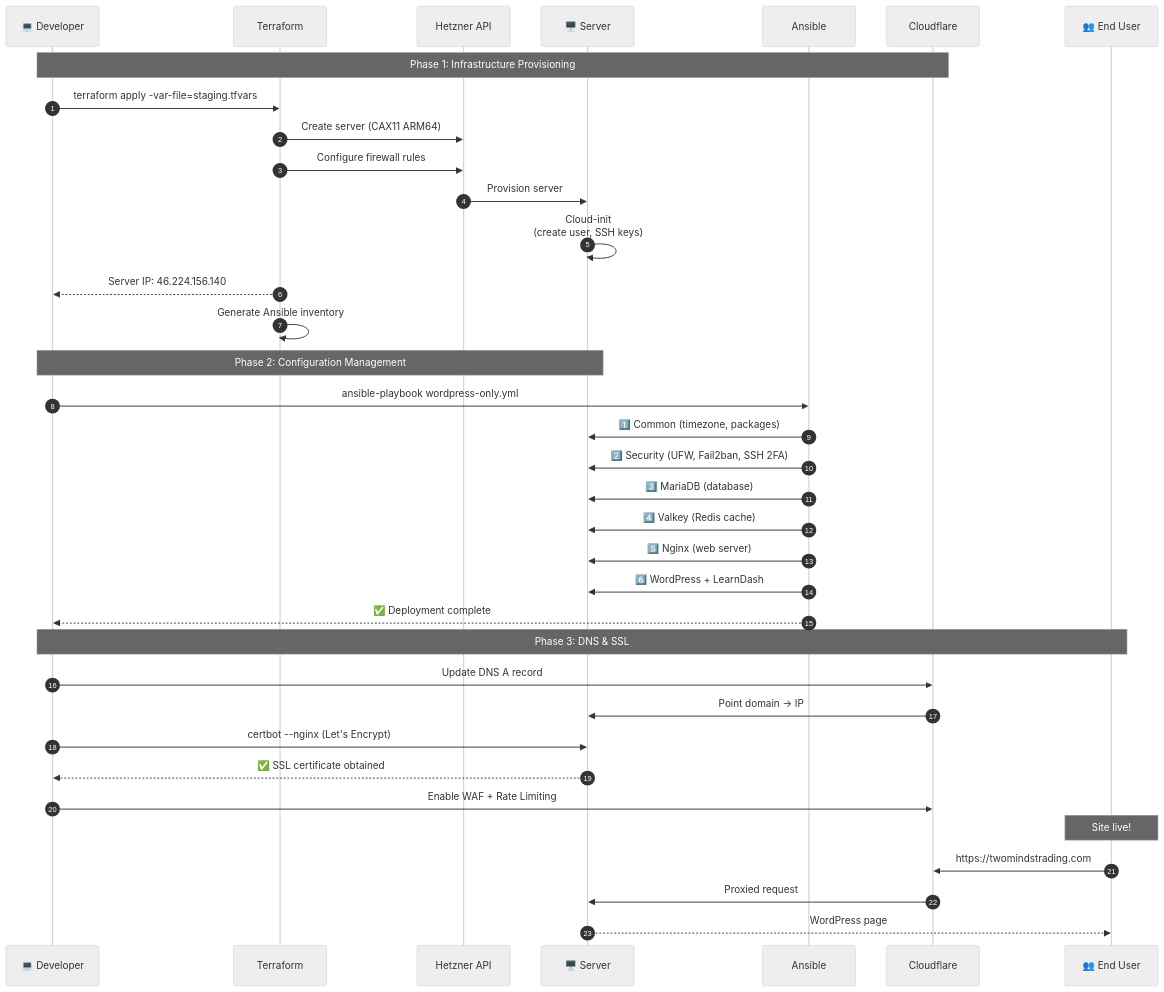
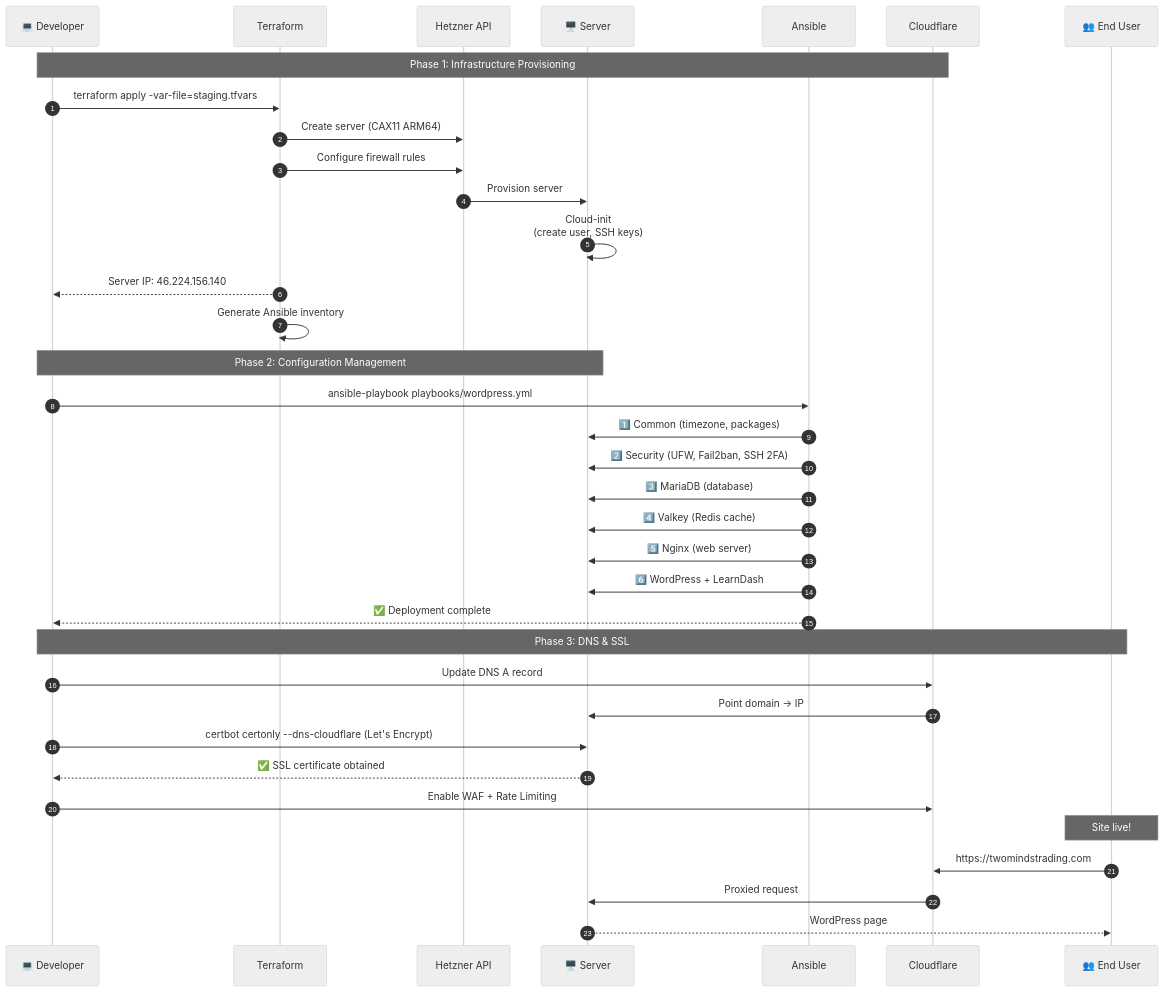
The fourth of 13 diagrams in docs/infrastructure/WORDPRESS-STACK-MERMAID.md (malpanez/hetzner-secure-infrastructure), drawn with Mermaid (neutral theme) before and after one commit. The commit also changed 8 other files, not shown here.

First line of the commit message:
docs: update deployment guides and architecture documentation

````diff
--- a/docs/infrastructure/WORDPRESS-STACK-MERMAID.md
+++ b/docs/infrastructure/WORDPRESS-STACK-MERMAID.md
@@ -116,42 +116,42 @@
 ```mermaid
 sequenceDiagram
     autonumber
     participant Dev as 💻 Developer
     participant TF as Terraform
     participant Hetzner as Hetzner API
     participant Server as 🖥️ Server
     participant Ansible as Ansible
     participant CF as Cloudflare
     participant User as 👥 End User
 
     Note over Dev,CF: Phase 1: Infrastructure Provisioning
     Dev->>TF: terraform apply -var-file=staging.tfvars
     TF->>Hetzner: Create server (CAX11 ARM64)
     TF->>Hetzner: Configure firewall rules
     Hetzner->>Server: Provision server
     Server->>Server: Cloud-init<br/>(create user, SSH keys)
     TF-->>Dev: Server IP: 46.224.156.140
     TF->>TF: Generate Ansible inventory
 
     Note over Dev,Server: Phase 2: Configuration Management
-    Dev->>Ansible: ansible-playbook wordpress-only.yml
+    Dev->>Ansible: ansible-playbook playbooks/wordpress.yml
     Ansible->>Server: 1️⃣ Common (timezone, packages)
     Ansible->>Server: 2️⃣ Security (UFW, Fail2ban, SSH 2FA)
     Ansible->>Server: 3️⃣ MariaDB (database)
     Ansible->>Server: 4️⃣ Valkey (Redis cache)
     Ansible->>Server: 5️⃣ Nginx (web server)
     Ansible->>Server: 6️⃣ WordPress + LearnDash
     Ansible-->>Dev: ✅ Deployment complete
 
     Note over Dev,User: Phase 3: DNS & SSL
     Dev->>CF: Update DNS A record
     CF->>Server: Point domain → IP
-    Dev->>Server: certbot --nginx (Let's Encrypt)
+    Dev->>Server: certbot certonly --dns-cloudflare (Let's Encrypt)
     Server-->>Dev: ✅ SSL certificate obtained
     Dev->>CF: Enable WAF + Rate Limiting
 
     Note over User: Site live!
     User->>CF: https://twomindstrading.com
     CF->>Server: Proxied request
     Server-->>User: WordPress page
 ```
````
